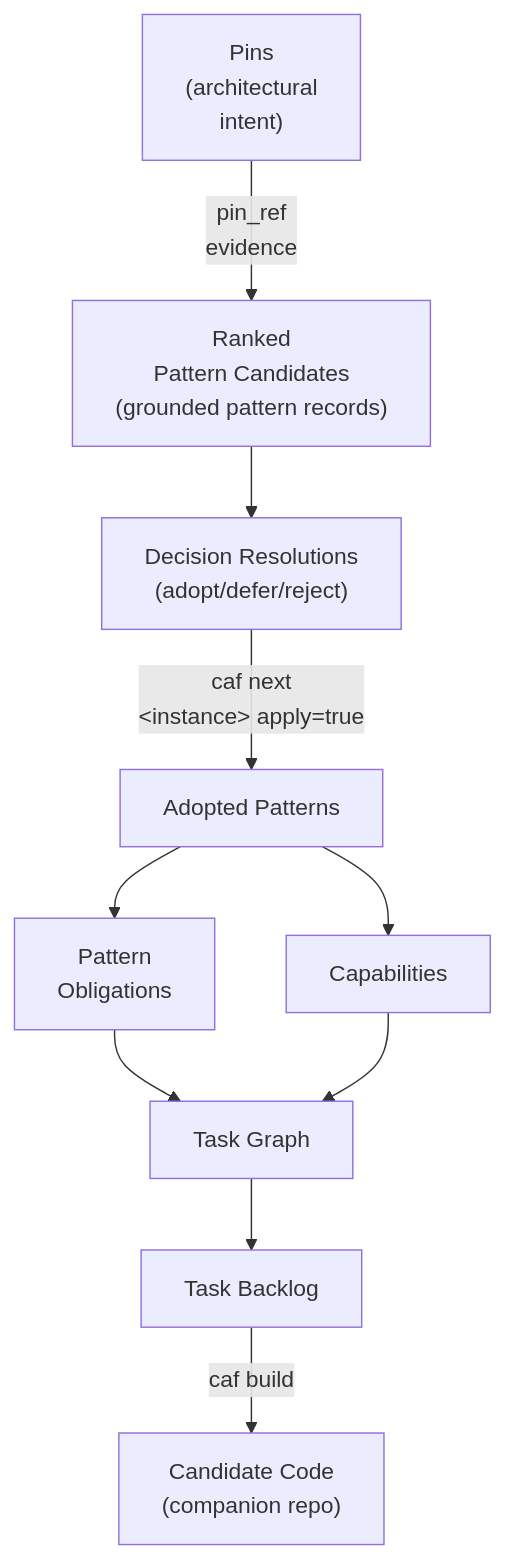
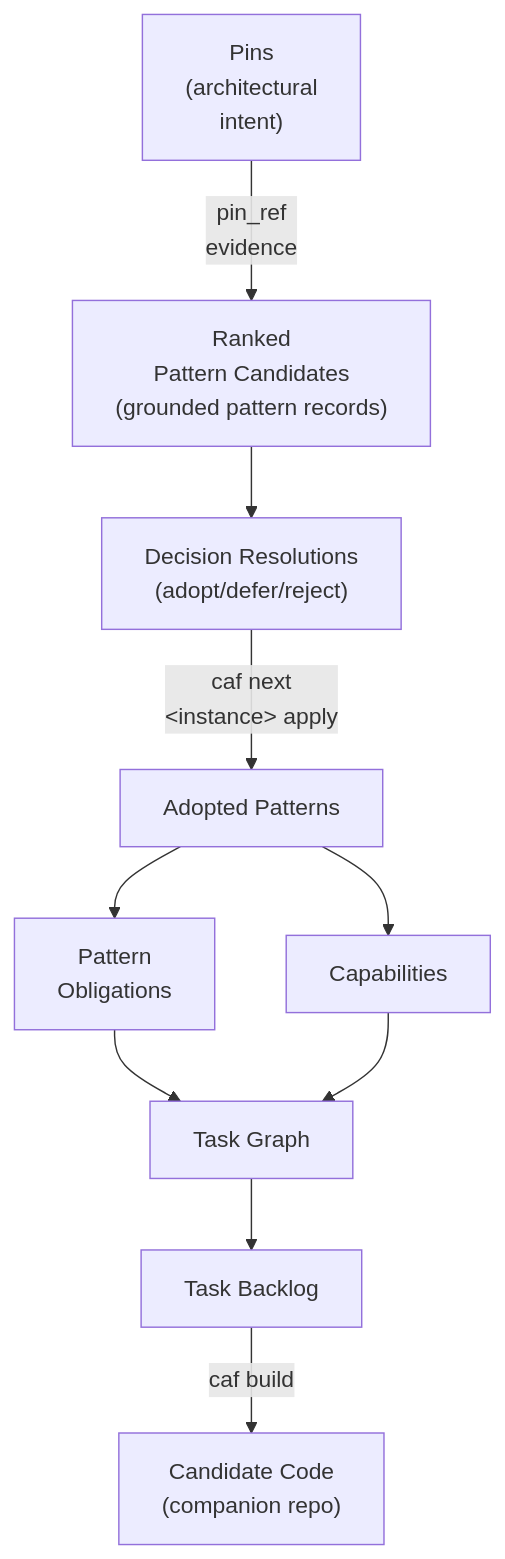
The diagram in docs/user/15_caf_traceability.md (arylwen/caf), drawn with Mermaid before and after one commit. The commit also changed other lines of this file and 210 other files, not shown here.

````diff
--- a/docs/user/15_caf_traceability.md
+++ b/docs/user/15_caf_traceability.md
@@ -54,12 +59,12 @@
 ```mermaid
 flowchart TD
   P["Pins<br/>(architectural<br/>intent)"] -->|pin_ref<br/>evidence| R["Ranked <br/> Pattern Candidates<br/>(grounded pattern records)"]
   R --> D["Decision Resolutions<br/>(adopt/defer/reject)"]
-  D -->|caf next<br/>&lt;instance&gt; apply=true| A["Adopted Patterns"]
+  D -->|caf next<br/>&lt;instance&gt; apply| A["Adopted Patterns"]
   A --> O["Pattern<br/>Obligations"]
   A --> C["Capabilities"]
   O --> T["Task Graph"]
   C --> T
   T --> B["Task Backlog"]
   B -->|caf build| K["Candidate Code<br/>(companion repo)"]
 ```
````
